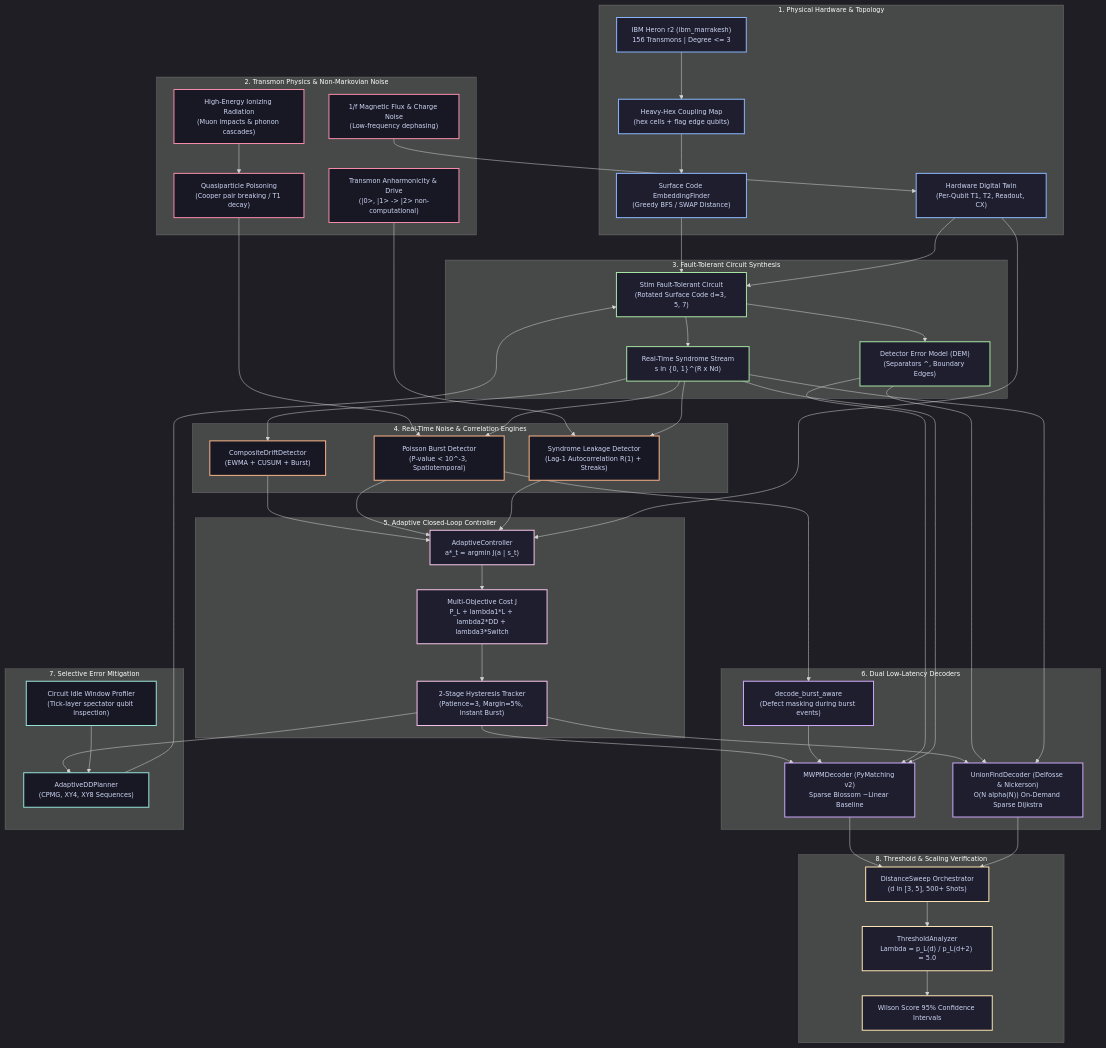
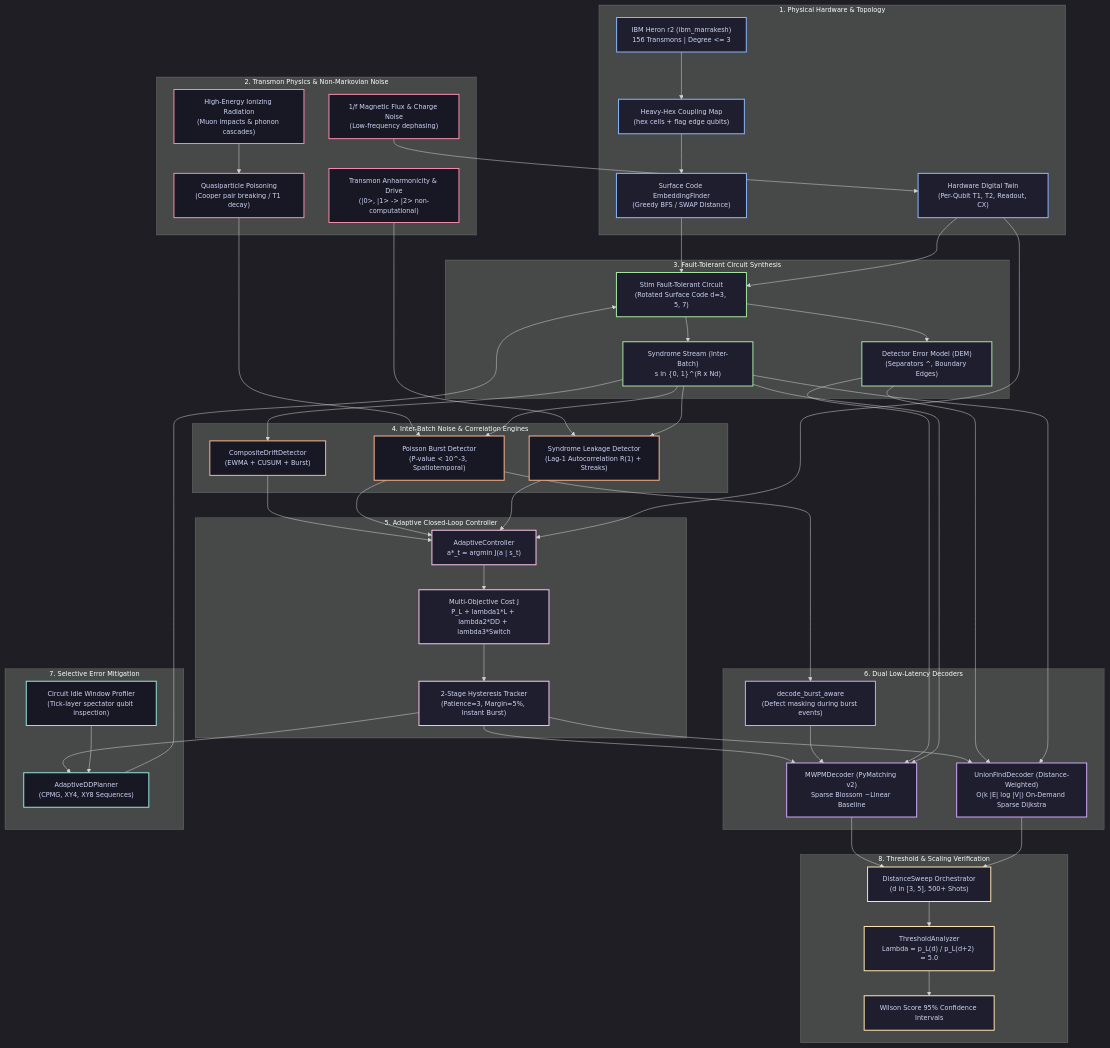
One commit to prathamsingh404/A-real-QPU-adaptive-QEC-stack changed the diagram in README.md. Above: the diagram before and after it, drawn with Mermaid. The commit also changed other lines of this file, not shown here.

Commit message:
docs(readme): update architecture, benchmark tables with z-test, test counts, and QPU scaffolding

```diff
--- a/README.md
+++ b/README.md
@@ -42,10 +42,10 @@
     subgraph QECBlock ["3. Fault-Tolerant Circuit Synthesis"]
         StimCirc["Stim Fault-Tolerant Circuit\n(Rotated Surface Code d=3, 5, 7)"]:::qec
         DEM["Detector Error Model (DEM)\n(Separators ^, Boundary Edges)"]:::qec
-        SyndromeStream["Real-Time Syndrome Stream\ns in {0, 1}^(R x Nd)"]:::qec
+        SyndromeStream["Syndrome Stream (Inter-Batch)\ns in {0, 1}^(R x Nd)"]:::qec
     end
 
-    subgraph NoiseDetect ["4. Real-Time Noise & Correlation Engines"]
+    subgraph NoiseDetect ["4. Inter-Batch Noise & Correlation Engines"]
         CompositeDrift["CompositeDriftDetector\n(EWMA + CUSUM + Burst)"]:::noise
         BurstDet["Poisson Burst Detector\n(P-value < 10^-3, Spatiotemporal)"]:::noise
         LeakageDet["Syndrome Leakage Detector\n(Lag-1 Autocorrelation R(1) + Streaks)"]:::noise
@@ -59,7 +59,7 @@
 
     subgraph Decoders ["6. Dual Low-Latency Decoders"]
         MWPM["MWPMDecoder (PyMatching v2)\nSparse Blossom ~Linear Baseline"]:::decoder
-        UF["UnionFindDecoder (Delfosse & Nickerson)\nO(N alpha(N)) On-Demand Sparse Dijkstra"]:::decoder
+        UF["UnionFindDecoder (Distance-Weighted)\nO(k |E| log |V|) On-Demand Sparse Dijkstra"]:::decoder
         BurstAware["decode_burst_aware\n(Defect masking during burst events)"]:::decoder
     end
 
```
